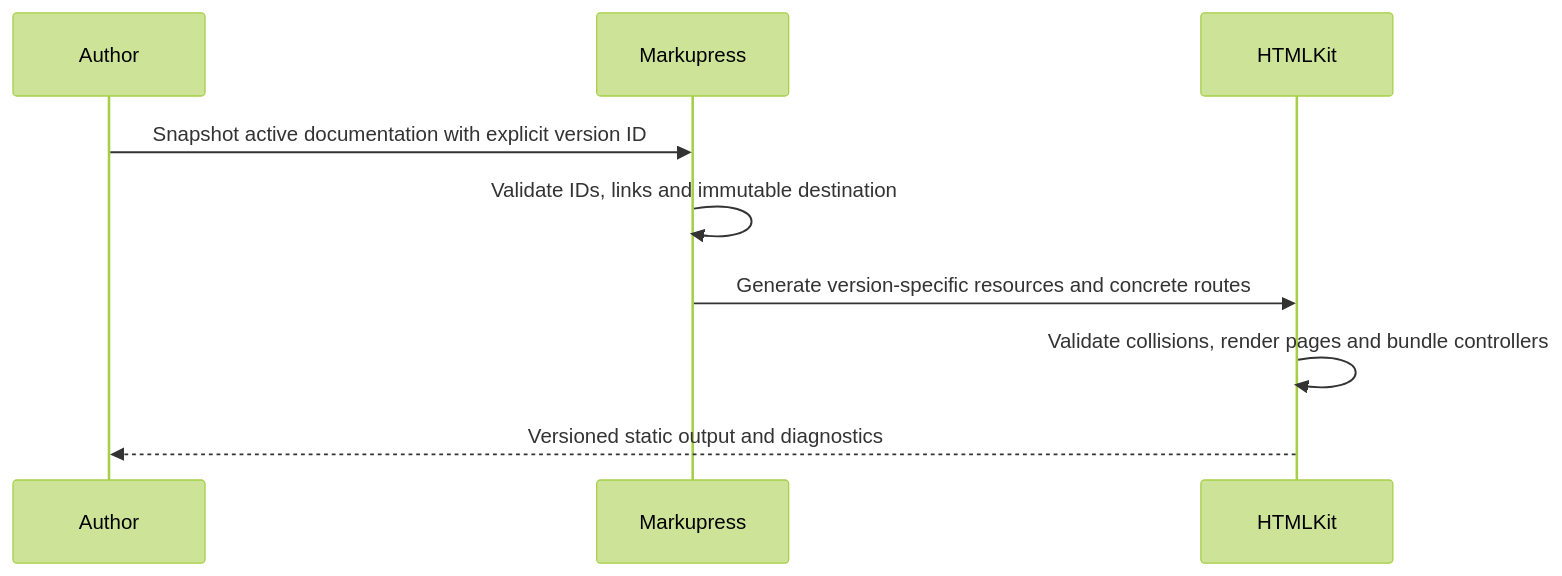
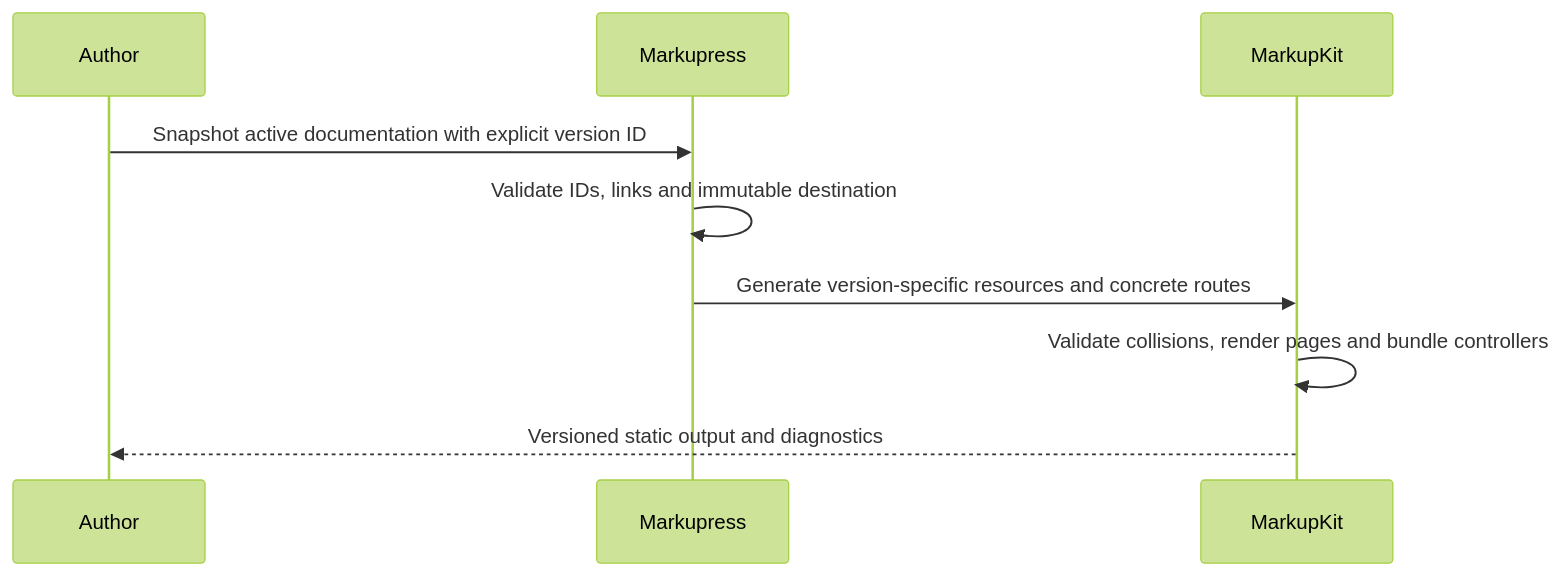
One commit to threadlabs-studio/markupress changed the second of 3 diagrams in docs/plans/2026-10-04-1830-feat-markupress-platform-plan.md. Above: the diagram before and after it, drawn with Mermaid (forest theme). The commit also changed other lines of this file and 59 other files, not shown here.

First line of the commit message:
feat: publish MarkupKit docs with themed home pages (#83)

````diff
--- a/docs/plans/2026-10-04-1830-feat-markupress-platform-plan.md
+++ b/docs/plans/2026-10-04-1830-feat-markupress-platform-plan.md
@@ -119,11 +119,11 @@
 ```mermaid
 sequenceDiagram
   participant Author
   participant Markupress
-  participant HTMLKit
+  participant MarkupKit
   Author->>Markupress: Snapshot active documentation with explicit version ID
   Markupress->>Markupress: Validate IDs, links and immutable destination
-  Markupress->>HTMLKit: Generate version-specific resources and concrete routes
-  HTMLKit->>HTMLKit: Validate collisions, render pages and bundle controllers
-  HTMLKit-->>Author: Versioned static output and diagnostics
+  Markupress->>MarkupKit: Generate version-specific resources and concrete routes
+  MarkupKit->>MarkupKit: Validate collisions, render pages and bundle controllers
+  MarkupKit-->>Author: Versioned static output and diagnostics
 ```
````
